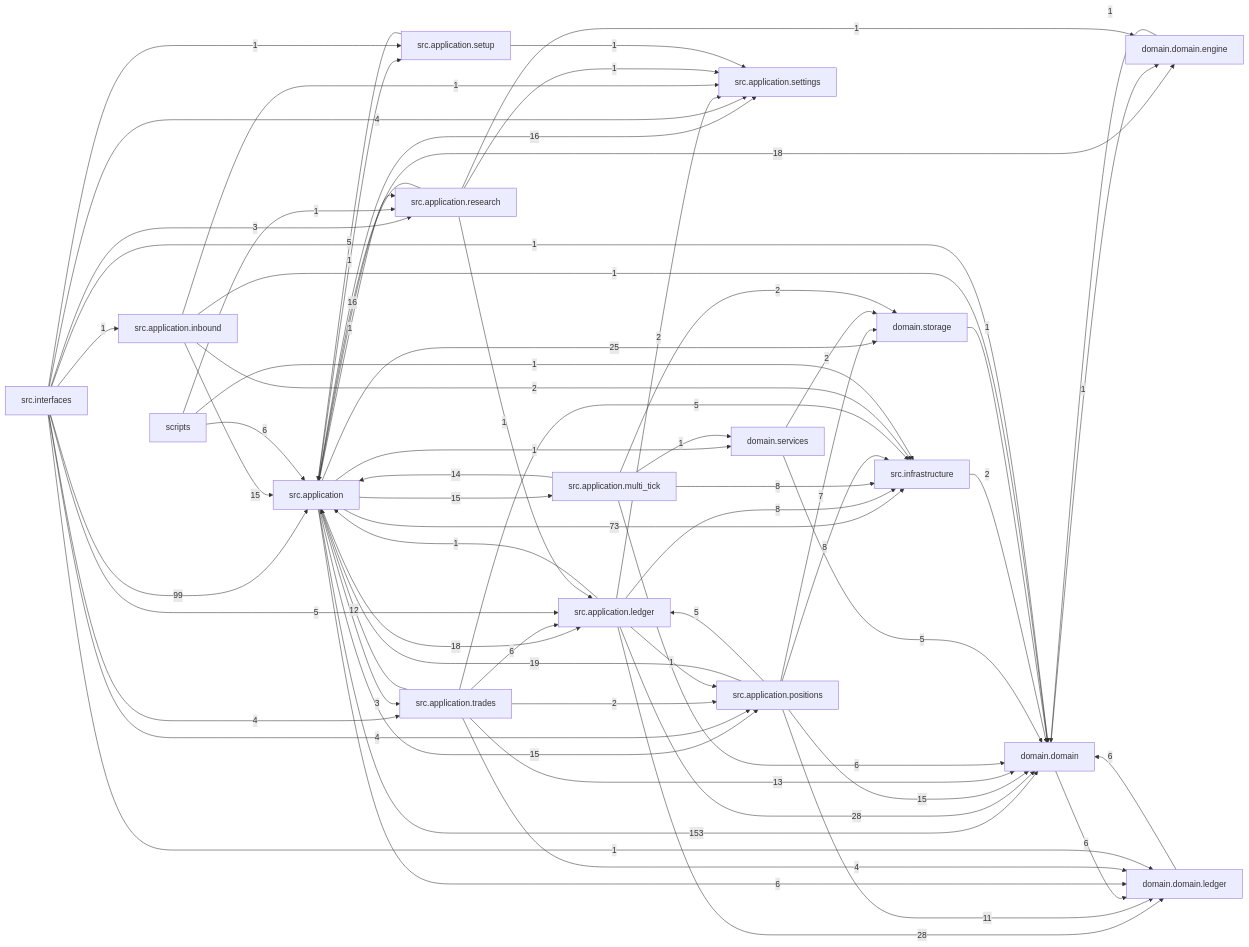
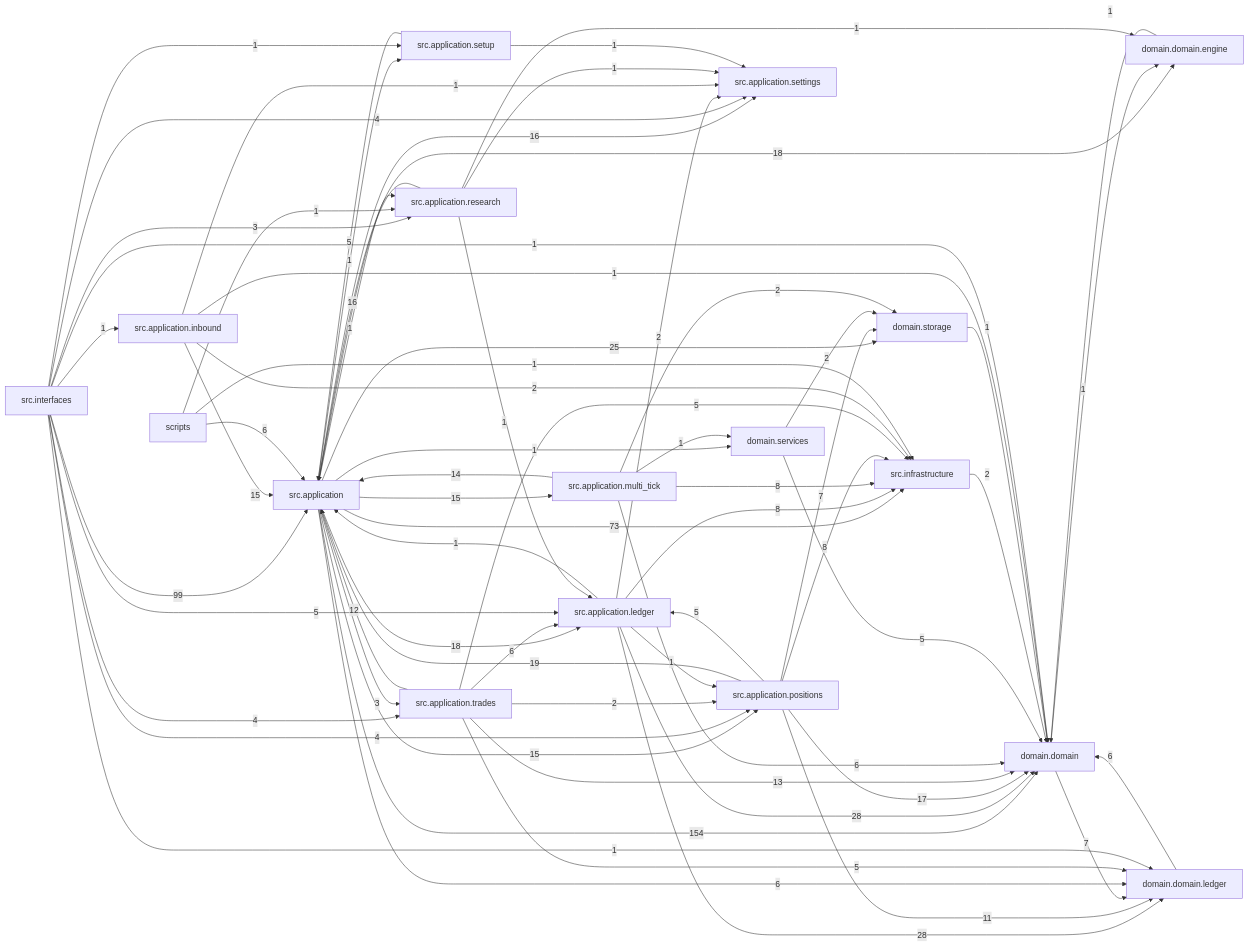
One commit to liuxie066/options-monitor changed the diagram in docs/dependency_graph.mmd. Above: the diagram before and after it, drawn with Mermaid. The commit also changed 73 other files, not shown here.

```diff
--- a/docs/dependency_graph.mmd
+++ b/docs/dependency_graph.mmd
@@ -1,68 +1,68 @@
 flowchart LR
-  src_application["src.application"] -->|153| domain_domain["domain.domain"]
+  src_application["src.application"] -->|154| domain_domain["domain.domain"]
   src_interfaces["src.interfaces"] -->|99| src_application["src.application"]
   src_application["src.application"] -->|73| src_infrastructure["src.infrastructure"]
   src_application_ledger["src.application.ledger"] -->|28| domain_domain["domain.domain"]
   src_application_ledger["src.application.ledger"] -->|28| domain_domain_ledger["domain.domain.ledger"]
   src_application["src.application"] -->|25| domain_storage["domain.storage"]
   src_application_positions["src.application.positions"] -->|19| src_application["src.application"]
   src_application["src.application"] -->|18| domain_domain_engine["domain.domain.engine"]
   src_application["src.application"] -->|18| src_application_ledger["src.application.ledger"]
+  src_application_positions["src.application.positions"] -->|17| domain_domain["domain.domain"]
   src_application["src.application"] -->|16| src_application_settings["src.application.settings"]
   src_application_research["src.application.research"] -->|16| src_application["src.application"]
   src_application["src.application"] -->|15| src_application_multi_tick["src.application.multi_tick"]
   src_application["src.application"] -->|15| src_application_positions["src.application.positions"]
   src_application_inbound["src.application.inbound"] -->|15| src_application["src.application"]
-  src_application_positions["src.application.positions"] -->|15| domain_domain["domain.domain"]
   src_application_multi_tick["src.application.multi_tick"] -->|14| src_application["src.application"]
   src_application_trades["src.application.trades"] -->|13| domain_domain["domain.domain"]
   src_application_trades["src.application.trades"] -->|12| src_application["src.application"]
   src_application_positions["src.application.positions"] -->|11| domain_domain_ledger["domain.domain.ledger"]
   src_application_ledger["src.application.ledger"] -->|8| src_infrastructure["src.infrastructure"]
   src_application_multi_tick["src.application.multi_tick"] -->|8| src_infrastructure["src.infrastructure"]
   src_application_positions["src.application.positions"] -->|8| src_infrastructure["src.infrastructure"]
+  domain_domain["domain.domain"] -->|7| domain_domain_ledger["domain.domain.ledger"]
   src_application_positions["src.application.positions"] -->|7| domain_storage["domain.storage"]
-  domain_domain["domain.domain"] -->|6| domain_domain_ledger["domain.domain.ledger"]
   domain_domain_ledger["domain.domain.ledger"] -->|6| domain_domain["domain.domain"]
   scripts["scripts"] -->|6| src_application["src.application"]
   src_application["src.application"] -->|6| domain_domain_ledger["domain.domain.ledger"]
   src_application_multi_tick["src.application.multi_tick"] -->|6| domain_domain["domain.domain"]
   src_application_trades["src.application.trades"] -->|6| src_application_ledger["src.application.ledger"]
   domain_services["domain.services"] -->|5| domain_domain["domain.domain"]
   src_application_positions["src.application.positions"] -->|5| src_application_ledger["src.application.ledger"]
   src_application_setup["src.application.setup"] -->|5| src_application["src.application"]
+  src_application_trades["src.application.trades"] -->|5| domain_domain_ledger["domain.domain.ledger"]
   src_application_trades["src.application.trades"] -->|5| src_infrastructure["src.infrastructure"]
   src_interfaces["src.interfaces"] -->|5| src_application_ledger["src.application.ledger"]
-  src_application_trades["src.application.trades"] -->|4| domain_domain_ledger["domain.domain.ledger"]
   src_interfaces["src.interfaces"] -->|4| src_application_positions["src.application.positions"]
   src_interfaces["src.interfaces"] -->|4| src_application_settings["src.application.settings"]
   src_interfaces["src.interfaces"] -->|4| src_application_trades["src.application.trades"]
   src_application["src.application"] -->|3| src_application_trades["src.application.trades"]
   src_interfaces["src.interfaces"] -->|3| src_application_research["src.application.research"]
   domain_services["domain.services"] -->|2| domain_storage["domain.storage"]
   src_application_inbound["src.application.inbound"] -->|2| src_infrastructure["src.infrastructure"]
   src_application_ledger["src.application.ledger"] -->|2| src_application_settings["src.application.settings"]
   src_application_multi_tick["src.application.multi_tick"] -->|2| domain_storage["domain.storage"]
   src_application_trades["src.application.trades"] -->|2| src_application_positions["src.application.positions"]
   src_infrastructure["src.infrastructure"] -->|2| domain_domain["domain.domain"]
   domain_domain["domain.domain"] -->|1| domain_domain_engine["domain.domain.engine"]
   domain_domain_engine["domain.domain.engine"] -->|1| domain_domain["domain.domain"]
   domain_storage["domain.storage"] -->|1| domain_domain["domain.domain"]
   scripts["scripts"] -->|1| src_application_research["src.application.research"]
   scripts["scripts"] -->|1| src_infrastructure["src.infrastructure"]
   src_application["src.application"] -->|1| domain_services["domain.services"]
   src_application["src.application"] -->|1| src_application_research["src.application.research"]
   src_application["src.application"] -->|1| src_application_setup["src.application.setup"]
   src_application_inbound["src.application.inbound"] -->|1| domain_domain["domain.domain"]
   src_application_inbound["src.application.inbound"] -->|1| src_application_settings["src.application.settings"]
   src_application_ledger["src.application.ledger"] -->|1| src_application["src.application"]
   src_application_ledger["src.application.ledger"] -->|1| src_application_positions["src.application.positions"]
   src_application_multi_tick["src.application.multi_tick"] -->|1| domain_services["domain.services"]
   src_application_research["src.application.research"] -->|1| domain_domain_engine["domain.domain.engine"]
   src_application_research["src.application.research"] -->|1| src_application_ledger["src.application.ledger"]
   src_application_research["src.application.research"] -->|1| src_application_settings["src.application.settings"]
   src_application_setup["src.application.setup"] -->|1| src_application_settings["src.application.settings"]
   src_interfaces["src.interfaces"] -->|1| domain_domain["domain.domain"]
   src_interfaces["src.interfaces"] -->|1| domain_domain_ledger["domain.domain.ledger"]
   src_interfaces["src.interfaces"] -->|1| src_application_inbound["src.application.inbound"]
   src_interfaces["src.interfaces"] -->|1| src_application_setup["src.application.setup"]
```
